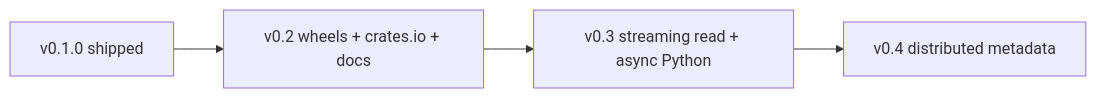
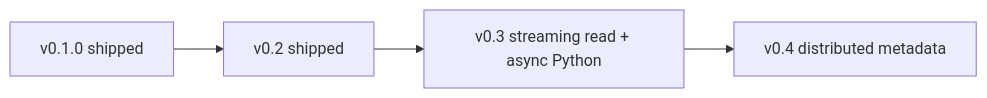
Before and after one commit to MuratovER/chunkstore: the diagram in docs/ROADMAP.md, drawn with Mermaid. The commit also changed other lines of this file and 30 other files, not shown here.

````diff
--- a/docs/ROADMAP.md
+++ b/docs/ROADMAP.md
@@ -144,6 +143,6 @@
 ```mermaid
 flowchart LR
-  A[v0.1.0 shipped] --> B[v0.2 wheels + crates.io + docs]
+  A[v0.1.0 shipped] --> B[v0.2 shipped]
   B --> C[v0.3 streaming read + async Python]
   C --> D[v0.4 distributed metadata]
 ```
````
